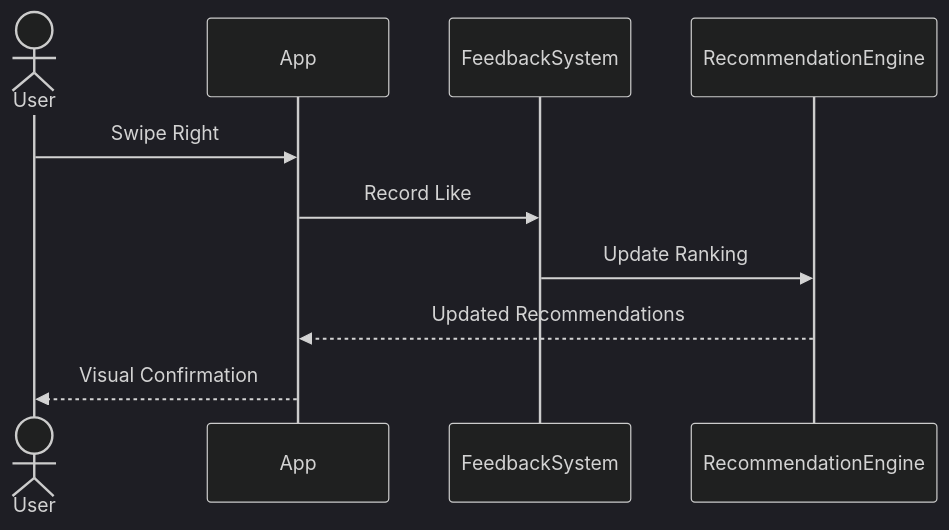
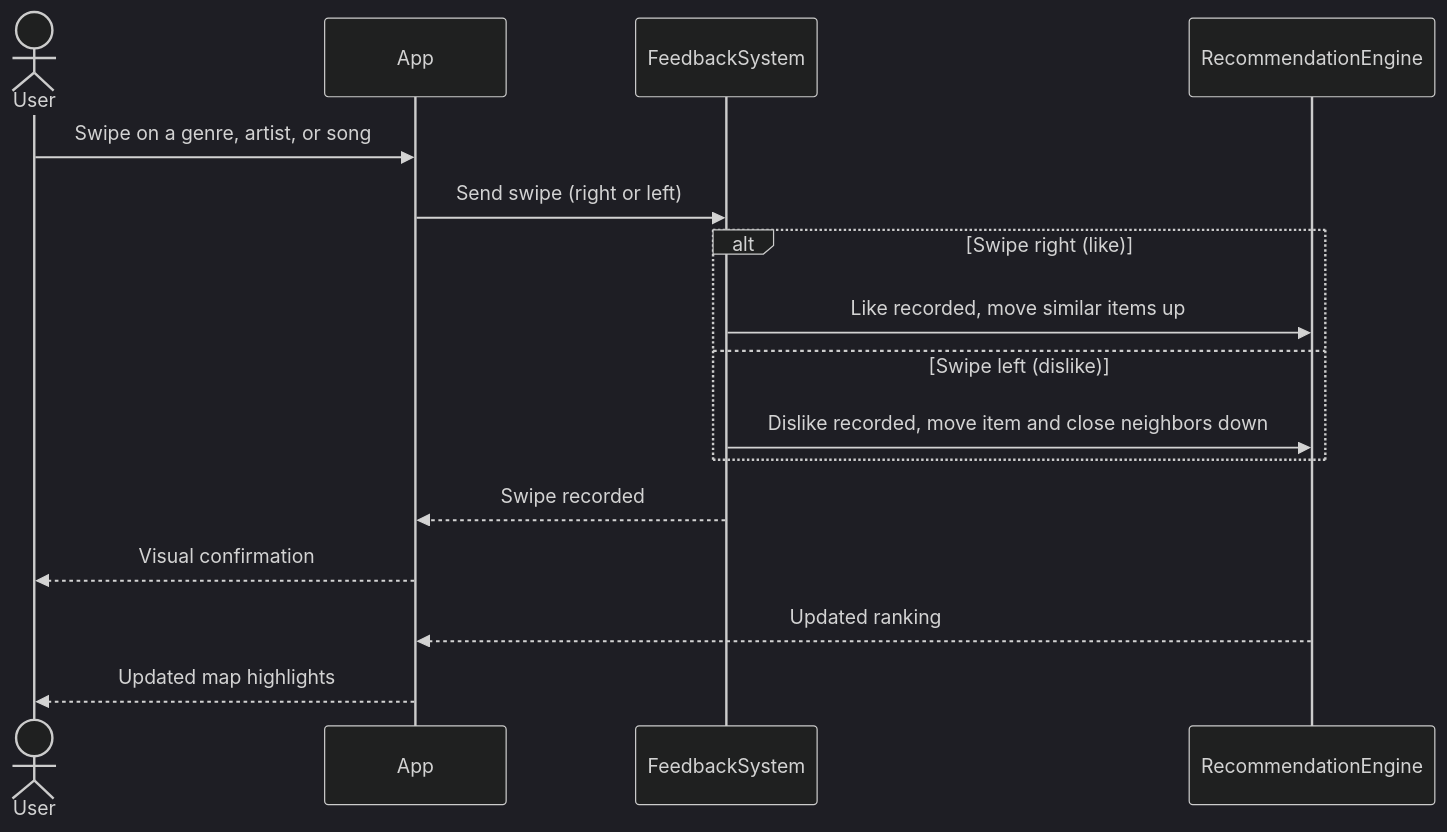
One commit to vibhorbh/CPSC490-G17-SonicScape changed the diagram in docs/design/goal2-design.md. Above: the diagram before and after it, drawn with Mermaid (dark theme). The commit also changed other lines of this file, not shown here.

Commit message:
Revise swipe sequence diagram for Goal 2
Updated the swipe sequence diagram to include detailed interactions for swiping on genres, artists, or songs.

````diff
--- a/docs/design/goal2-design.md
+++ b/docs/design/goal2-design.md
@@ -8,13 +13,19 @@
 ```mermaid
 sequenceDiagram
     actor User
     participant App
     participant FeedbackSystem
     participant RecommendationEngine
 
-    User->>App: Swipe Right
-    App->>FeedbackSystem: Record Like
-    FeedbackSystem->>RecommendationEngine: Update Ranking
-    RecommendationEngine-->>App: Updated Recommendations
-    App-->>User: Visual Confirmation
+    User->>App: Swipe on a genre, artist, or song
+    App->>FeedbackSystem: Send swipe (right or left)
+    alt Swipe right (like)
+        FeedbackSystem->>RecommendationEngine: Like recorded, move similar items up
+    else Swipe left (dislike)
+        FeedbackSystem->>RecommendationEngine: Dislike recorded, move item and close neighbors down
+    end
+    FeedbackSystem-->>App: Swipe recorded
+    App-->>User: Visual confirmation
+    RecommendationEngine-->>App: Updated ranking
+    App-->>User: Updated map highlights
 ```
````
